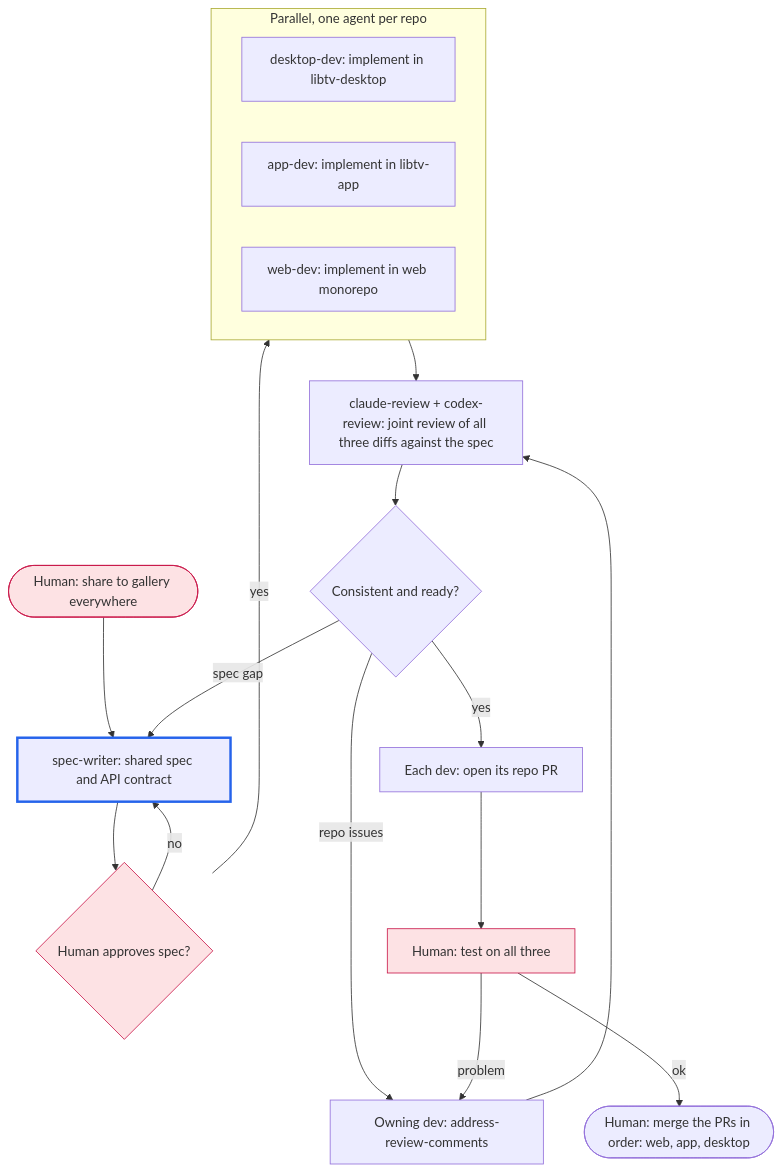
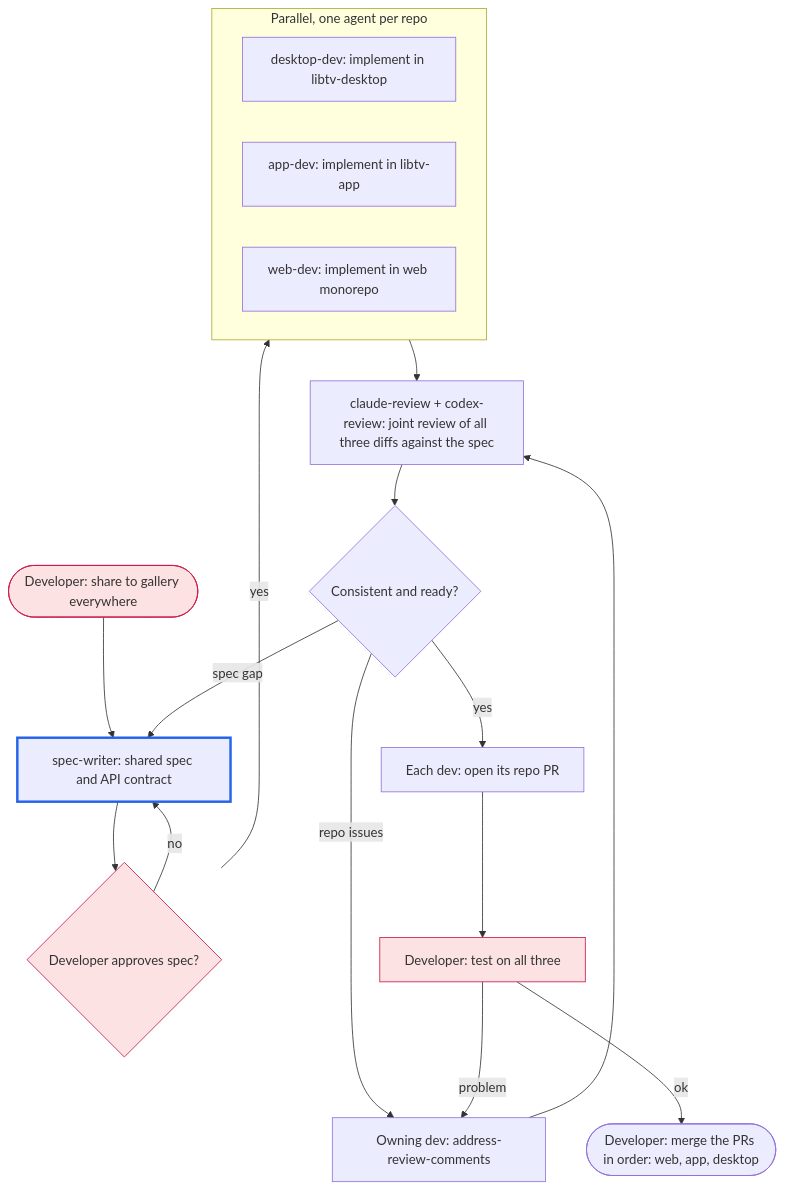
Before and after one commit to asura1234/bus: the diagram in workflows/cross-repo-feature.md, drawn with Mermaid. The commit also changed other lines of this file and 12 other files, not shown here.

First line of the commit message:
docs: call the role that owns the work the developer, not the human

````diff
--- a/workflows/cross-repo-feature.md
+++ b/workflows/cross-repo-feature.md
@@ -18,27 +18,27 @@
 ```mermaid
 flowchart TD
-    start([Human: share to gallery everywhere]):::human --> spec
-    spec[spec-writer: shared spec and API contract] --> agree{Human approves spec?}:::human
+    start([Developer: share to gallery everywhere]):::developer --> spec
+    spec[spec-writer: shared spec and API contract] --> agree{Developer approves spec?}:::developer
     agree -- no --> spec
     agree -- yes --> build
 
     subgraph build [Parallel, one agent per repo]
         desktop[desktop-dev: implement in libtv-desktop]
         app[app-dev: implement in libtv-app]
         web[web-dev: implement in web monorepo]
     end
 
     build --> joint[claude-review + codex-review: joint review of all three diffs against the spec]
     joint --> consistent{Consistent and ready?}
     consistent -- spec gap --> spec
     consistent -- repo issues --> fixes[Owning dev: address-review-comments]
     fixes --> joint
     consistent -- yes --> prs[Each dev: open its repo PR]
-    prs --> test[Human: test on all three]:::human
+    prs --> test[Developer: test on all three]:::developer
     test -- problem --> fixes
-    test -- ok --> merge([Human: merge the PRs in order: web, app, desktop])
+    test -- ok --> merge([Developer: merge the PRs in order: web, app, desktop])
 
-    classDef human fill:#fde2e4,stroke:#c9184a
+    classDef developer fill:#fde2e4,stroke:#c9184a
     classDef current stroke-width:3px,stroke:#2563eb
     class spec current
 ```
````
